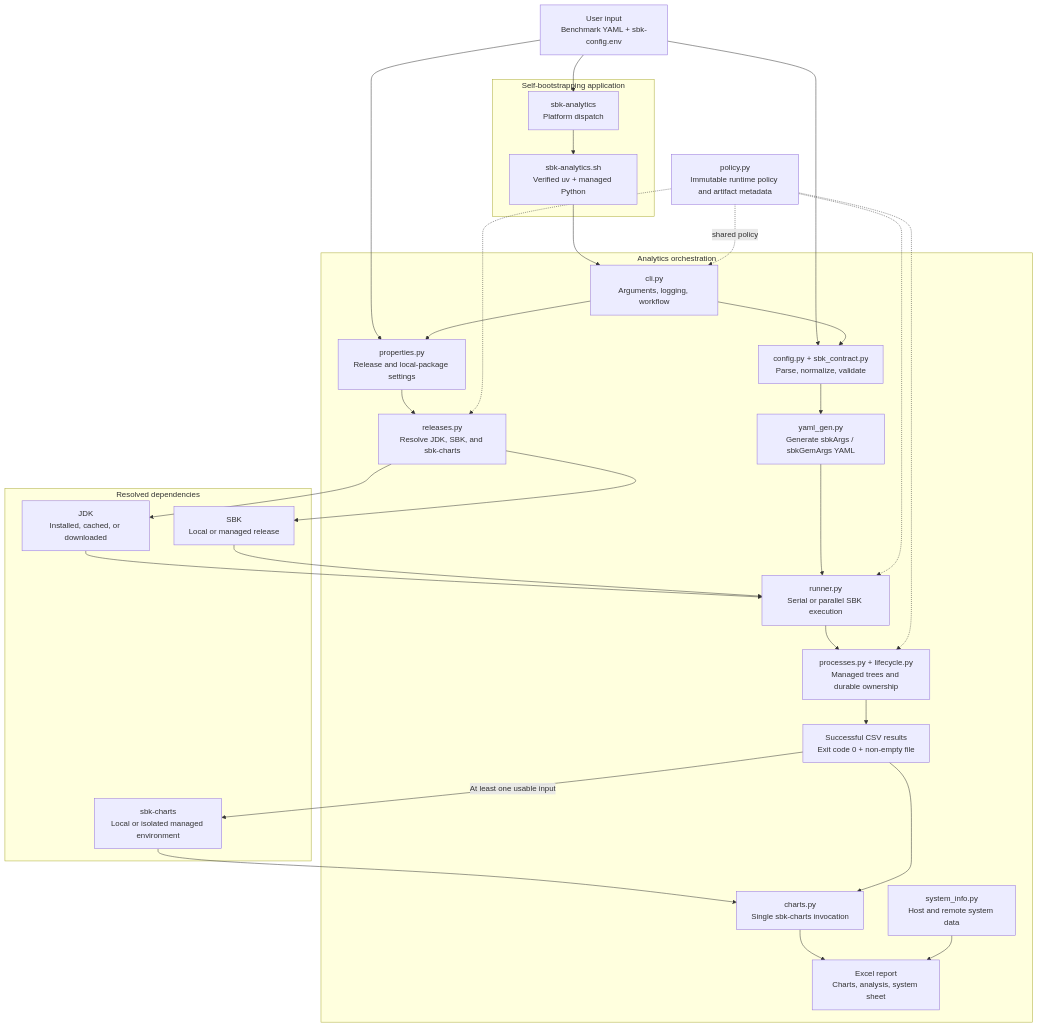
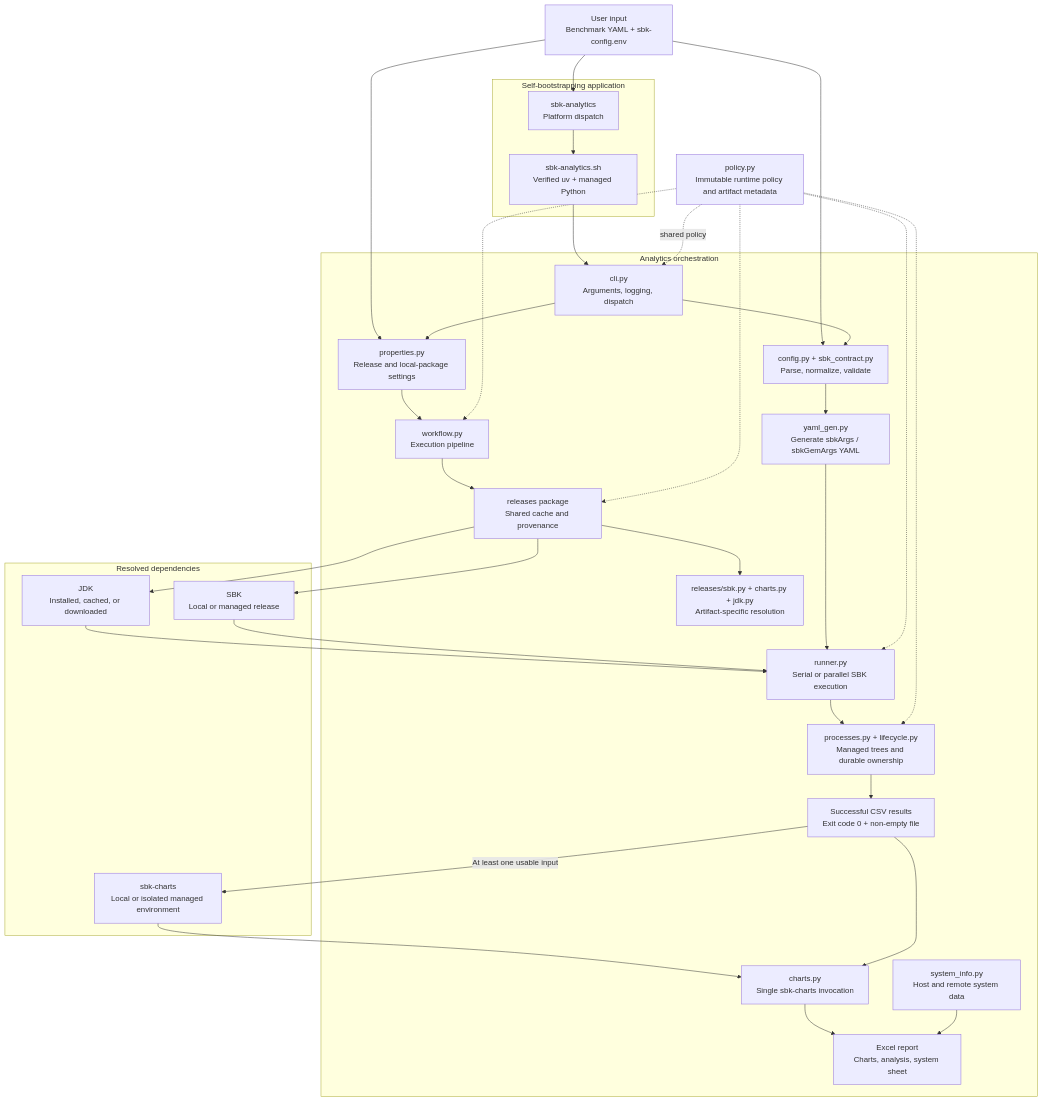
One commit to kmgowda/sbk-analytics changed the first of 7 diagrams in analytics/ARCHITECTURE.md. Above: the diagram before and after it, drawn with Mermaid. The commit also changed other lines of this file and 16 other files, not shown here.

Commit message:
Decompose workflow and dependency resolvers

````diff
--- a/analytics/ARCHITECTURE.md
+++ b/analytics/ARCHITECTURE.md
@@ -36,50 +36,53 @@
 ```mermaid
 flowchart TB
     User["User input<br/>Benchmark YAML + sbk-config.env"]
 
     subgraph Bootstrap["Self-bootstrapping application"]
         Launcher["sbk-analytics<br/>Platform dispatch"]
         Runtime["sbk-analytics.sh<br/>Verified uv + managed Python"]
     end
 
     subgraph Orchestration["Analytics orchestration"]
-        CLI["cli.py<br/>Arguments, logging, workflow"]
+        CLI["cli.py<br/>Arguments, logging, dispatch"]
+        Workflow["workflow.py<br/>Execution pipeline"]
         Config["config.py + sbk_contract.py<br/>Parse, normalize, validate"]
         Properties["properties.py<br/>Release and local-package settings"]
-        Resolver["releases.py<br/>Resolve JDK, SBK, and sbk-charts"]
+        Resolver["releases package<br/>Shared cache and provenance"]
+        ArtifactResolvers["releases/sbk.py + charts.py + jdk.py<br/>Artifact-specific resolution"]
         Generator["yaml_gen.py<br/>Generate sbkArgs / sbkGemArgs YAML"]
         Runner["runner.py<br/>Serial or parallel SBK execution"]
         Processes["processes.py + lifecycle.py<br/>Managed trees and durable ownership"]
         CSV["Successful CSV results<br/>Exit code 0 + non-empty file"]
         Charts["charts.py<br/>Single sbk-charts invocation"]
         SystemInfo["system_info.py<br/>Host and remote system data"]
         Report["Excel report<br/>Charts, analysis, system sheet"]
     end
 
     subgraph Managed["Resolved dependencies"]
         JDK["JDK<br/>Installed, cached, or downloaded"]
         SBK["SBK<br/>Local or managed release"]
         SBKCharts["sbk-charts<br/>Local or isolated managed environment"]
     end
 
     Policy["policy.py<br/>Immutable runtime policy and artifact metadata"]
 
     User --> Launcher --> Runtime --> CLI
     User --> Config
     User --> Properties
     CLI --> Config
-    CLI --> Properties --> Resolver
+    CLI --> Properties --> Workflow --> Resolver --> ArtifactResolvers
     Config --> Generator
     Resolver --> JDK
     Resolver --> SBK
     JDK --> Runner
     SBK --> Runner
     Generator --> Runner --> Processes --> CSV
     CSV -->|At least one usable input| SBKCharts --> Charts
     CSV --> Charts --> Report
     SystemInfo --> Report
     Policy -. shared policy .-> CLI
+    Policy -.-> Workflow
     Policy -.-> Resolver
     Policy -.-> Runner
     Policy -.-> Processes
 ```
````
